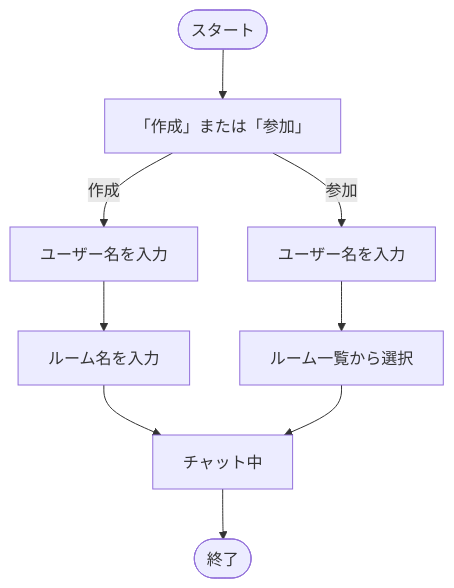
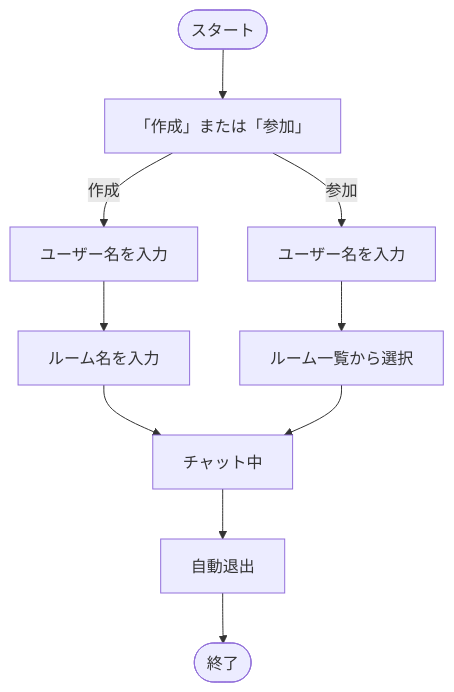
One commit to BackendExplorer/Online-Chat-Service changed the first of 5 diagrams in README.md. Above: the diagram before and after it, drawn with Mermaid.

````diff
--- a/README.md
+++ b/README.md
@@ -1,20 +1,21 @@
 ```mermaid
 flowchart TD
     Start([スタート])
     選択["「作成」または「参加」"]
 
     入力作成[ユーザー名を入力]
     ルーム名入力[ルーム名を入力]
 
     入力参加[ユーザー名を入力]
     ルーム一覧[ルーム一覧から選択]
 
     チャット中[チャット中]
+    自動退出[自動退出]
     End([終了])
 
     Start --> 選択
     選択 -- 作成 --> 入力作成 --> ルーム名入力 --> チャット中
     選択 -- 参加 --> 入力参加 --> ルーム一覧 --> チャット中
-    チャット中 --> End
+    チャット中 --> 自動退出 --> End
 
 ```
````
